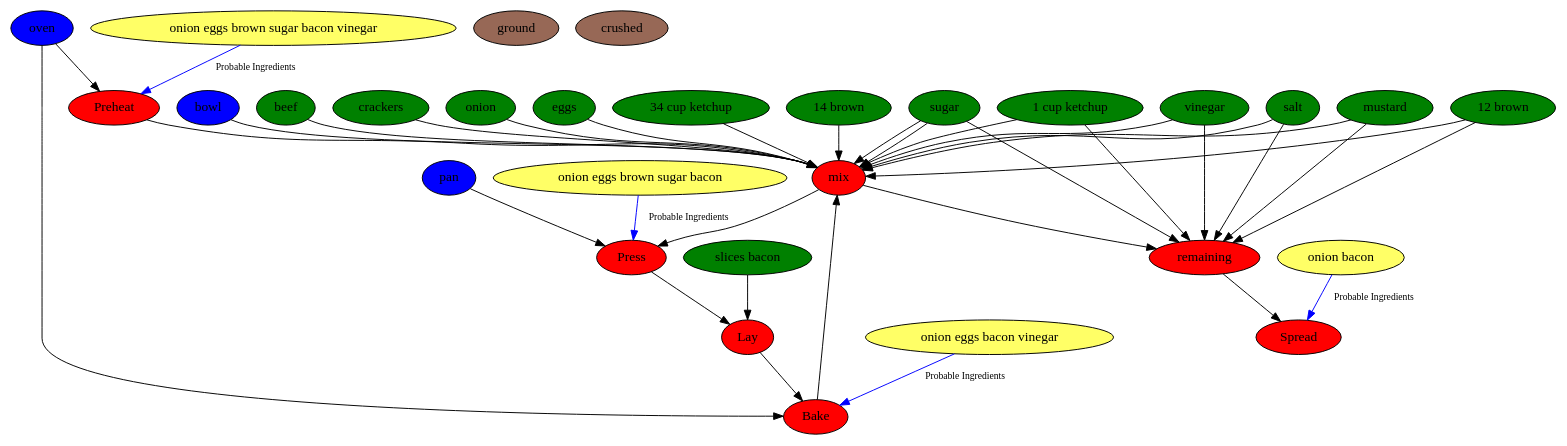
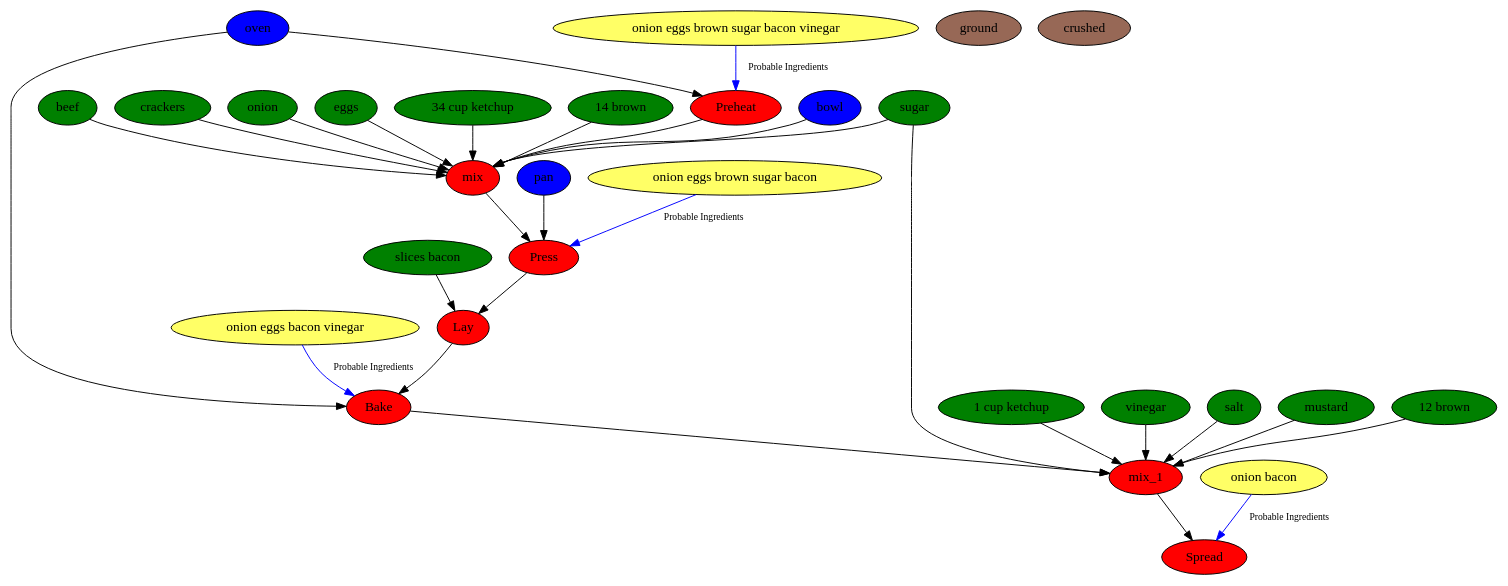
Before and after one commit to can-keklik/RecipePostagger: the diagram in results/result0.dot, drawn with Graphviz. The commit also changed 10 other files, not shown here.

```diff
--- a/results/result0.dot
+++ b/results/result0.dot
@@ -1,69 +1,61 @@
 digraph G {
 Preheat [style=filled, fillcolor=red];
 oven [style=filled, fillcolor="#0000ff"];
 "onion eggs brown sugar bacon vinegar" [style=filled, fillcolor="#ffff66"];
 bowl [style=filled, fillcolor="#0000ff"];
 mix [style=filled, fillcolor=red];
 ground [style=filled, fillcolor="#976856"];
 beef [style=filled, fillcolor=green];
 crushed [style=filled, fillcolor="#976856"];
 crackers [style=filled, fillcolor=green];
 onion [style=filled, fillcolor=green];
 eggs [style=filled, fillcolor=green];
 "34 cup ketchup" [style=filled, fillcolor=green];
 "14 brown" [style=filled, fillcolor=green];
 sugar [style=filled, fillcolor=green];
 Press [style=filled, fillcolor=red];
 pan [style=filled, fillcolor="#0000ff"];
 "onion eggs brown sugar bacon" [style=filled, fillcolor="#ffff66"];
 Lay [style=filled, fillcolor=red];
 "slices bacon" [style=filled, fillcolor=green];
 Bake [style=filled, fillcolor=red];
 oven [style=filled, fillcolor="#0000ff"];
 "onion eggs bacon vinegar" [style=filled, fillcolor="#ffff66"];
-mix [style=filled, fillcolor=red];
-remaining [style=filled, fillcolor=red];
+mix_1 [style=filled, fillcolor=red];
 "1 cup ketchup" [style=filled, fillcolor=green];
 vinegar [style=filled, fillcolor=green];
 salt [style=filled, fillcolor=green];
 mustard [style=filled, fillcolor=green];
 "12 brown" [style=filled, fillcolor=green];
 sugar [style=filled, fillcolor=green];
 Spread [style=filled, fillcolor=red];
 "onion bacon" [style=filled, fillcolor="#ffff66"];
 Preheat -> mix;
 mix -> Press;
 Press -> Lay;
 Lay -> Bake;
-Bake -> mix;
-mix -> remaining;
-remaining -> Spread;
+Bake -> mix_1;
+mix_1 -> Spread;
 beef -> mix;
 crackers -> mix;
 onion -> mix;
 eggs -> mix;
 "34 cup ketchup" -> mix;
 "14 brown" -> mix;
 sugar -> mix;
 "slices bacon" -> Lay;
-"1 cup ketchup" -> mix;
-vinegar -> mix;
-salt -> mix;
-mustard -> mix;
-"12 brown" -> mix;
-sugar -> mix;
-"1 cup ketchup" -> remaining;
-vinegar -> remaining;
-salt -> remaining;
-mustard -> remaining;
-"12 brown" -> remaining;
-sugar -> remaining;
+"1 cup ketchup" -> mix_1;
+vinegar -> mix_1;
+salt -> mix_1;
+mustard -> mix_1;
+"12 brown" -> mix_1;
+sugar -> mix_1;
 oven -> Preheat;
 bowl -> mix;
 pan -> Press;
 oven -> Bake;
 "onion eggs brown sugar bacon vinegar" -> Preheat  [color=blue, labelfontcolor="#009933", fontsize="10.0", label="Probable Ingredients"];
 "onion eggs brown sugar bacon" -> Press  [color=blue, labelfontcolor="#009933", fontsize="10.0", label="Probable Ingredients"];
 "onion eggs bacon vinegar" -> Bake  [color=blue, labelfontcolor="#009933", fontsize="10.0", label="Probable Ingredients"];
 "onion bacon" -> Spread  [color=blue, labelfontcolor="#009933", fontsize="10.0", label="Probable Ingredients"];
 }
```
